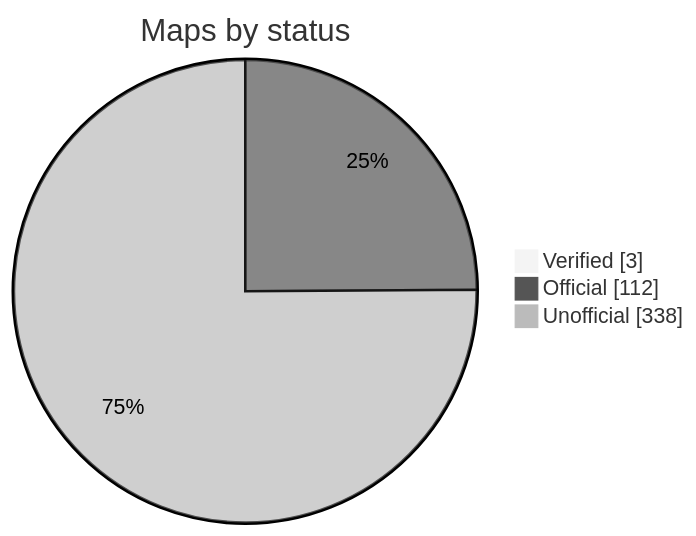
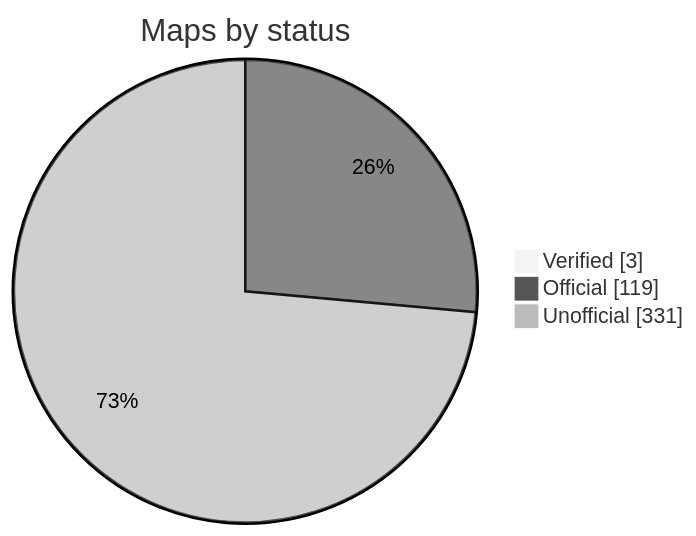
One commit to nobrega8/mbmap-library changed the diagram in README.md. Above: the diagram before and after it, drawn with Mermaid (neutral theme). The commit also changed 1 other file, not shown here.

Commit message:
Rebuild the index

````diff
--- a/README.md
+++ b/README.md
@@ -48,7 +48,7 @@
 ```mermaid
 pie showData
     title Maps by status
     "Verified" : 3
-    "Official" : 112
-    "Unofficial" : 338
+    "Official" : 119
+    "Unofficial" : 331
 ```
````
